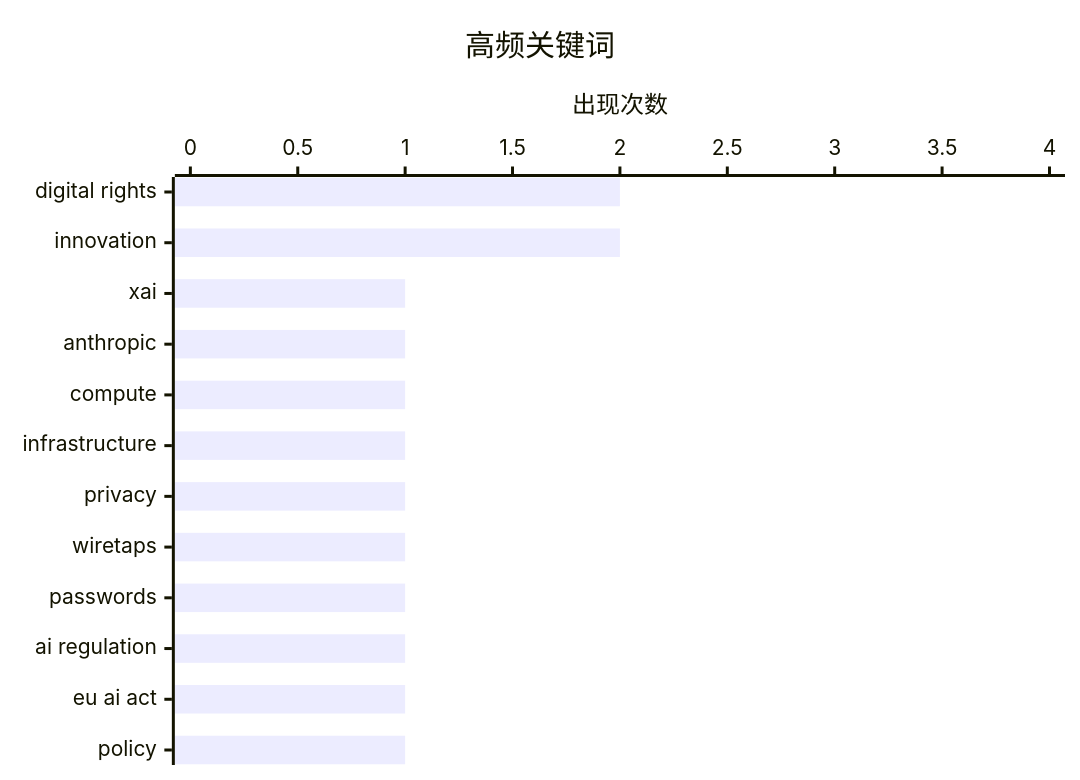
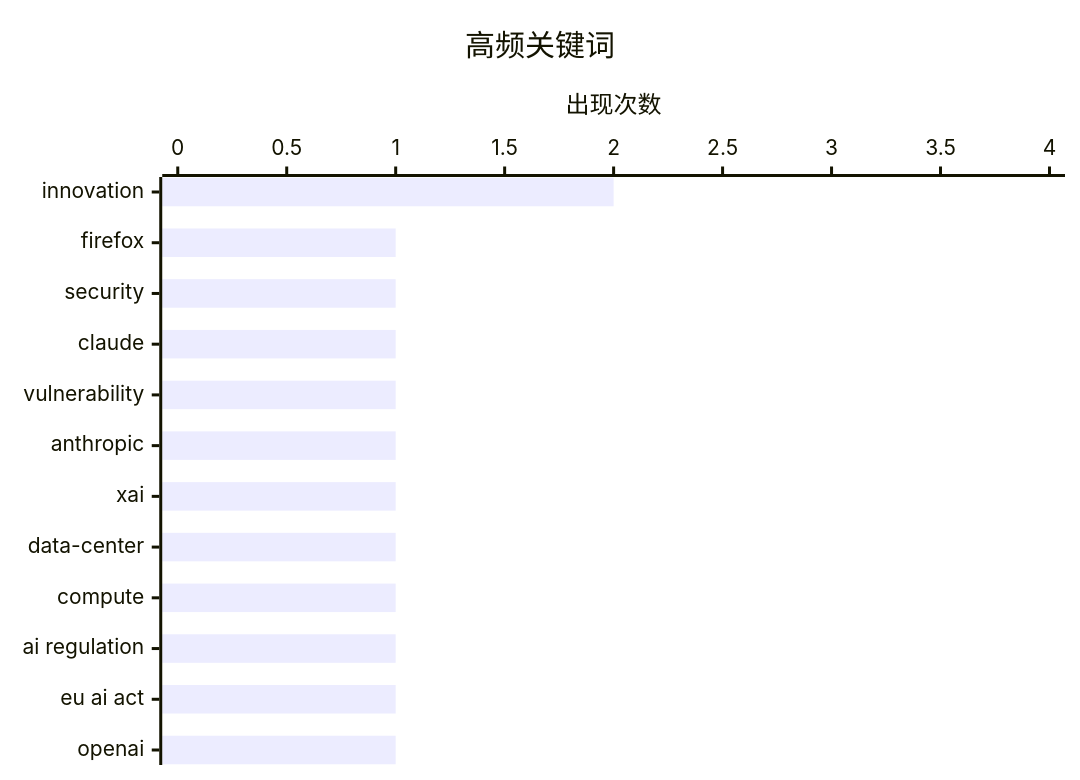
The second of 2 diagrams in content/digest_2026-05-08.md (SamhooXee/aidigest), drawn with Mermaid before and after one commit. The commit also changed other lines of this file and 1 other file, not shown here.

First line of the commit message:
📰 AI Daily Digest 2026-05-09: Canvas数据泄露/Claude Code HTML/AI降低工程师危害

````diff
--- a/content/digest_2026-05-08.md
+++ b/content/digest_2026-05-08.md
@@ -66,7 +66,7 @@
 ```mermaid
 xychart-beta horizontal
     title "高频关键词"
-    x-axis ["digital rights", "innovation", "xai", "anthropic", "compute", "infrastructure", "privacy", "wiretaps", "passwords", "ai regulation", "eu ai act", "policy"]
+    x-axis ["innovation", "firefox", "security", "claude", "vulnerability", "anthropic", "xai", "data-center", "compute", "ai regulation", "eu ai act", "openai"]
     y-axis "出现次数" 0 --> 4
-    bar [2, 2, 1, 1, 1, 1, 1, 1, 1, 1, 1, 1]
+    bar [2, 1, 1, 1, 1, 1, 1, 1, 1, 1, 1, 1]
 ```
````
